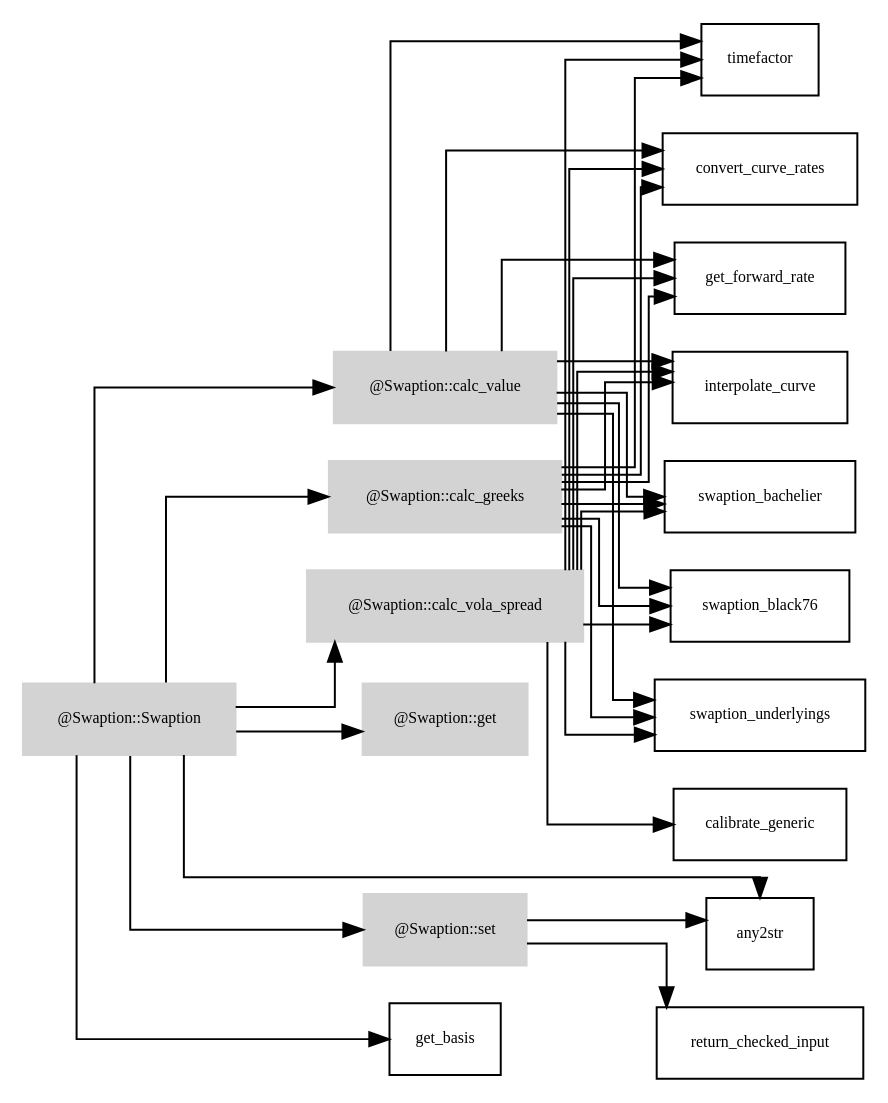
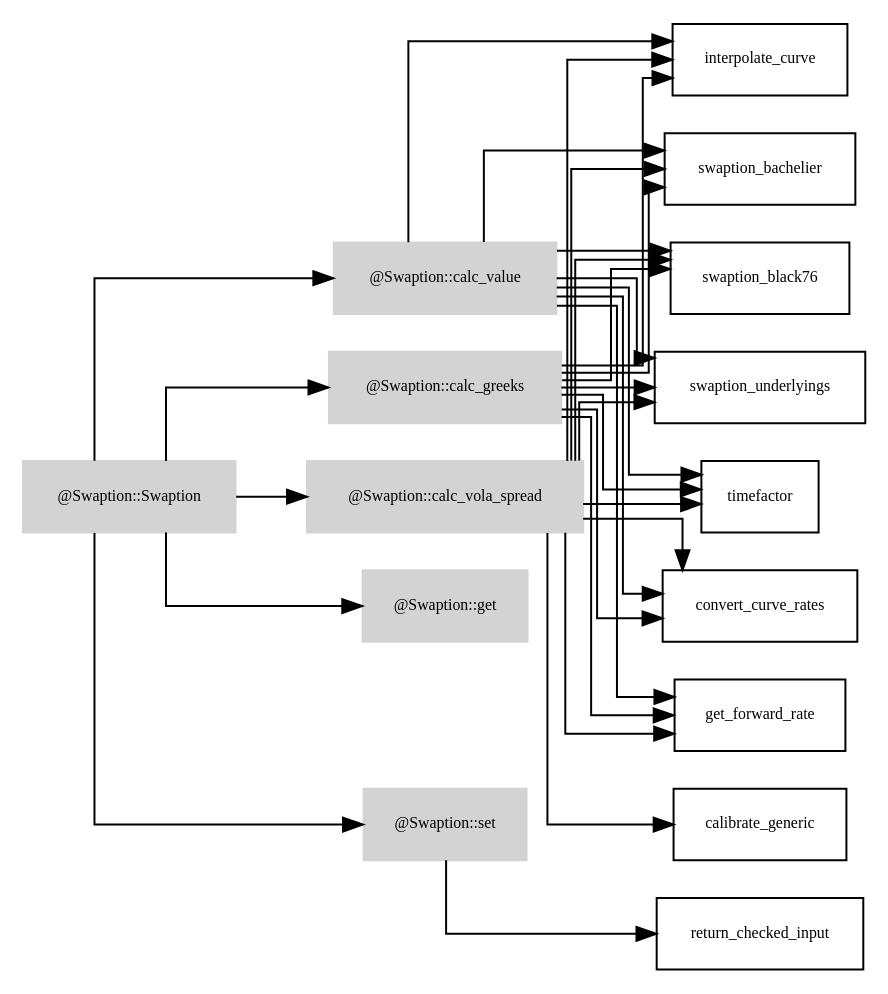
The diagram in graphviz_files/Swaption.dot (octarisk/documentation), drawn with Graphviz before and after one commit. The commit also changed 50 other files, not shown here.

Commit message:
* introduction of graphviz files for all classes and class function dependencies

```diff
--- a/graphviz_files/Swaption.dot
+++ b/graphviz_files/Swaption.dot
@@ -1,51 +1,48 @@
 digraph G {
 	fontname = "Bitstream Vera Sans"
 	fontsize = 8
 	node [
 		fontname = "Bitstream Vera Sans"
 		fontsize = 8
 		shape = "record"
 	]
 	edge [
 		fontname = "Bitstream Vera Sans"
 		fontsize = 8
 	]
 	graph [splines=ortho];
 	rankdir=LR;
 	subgraph class_Swaption {
 		style=filled;
 		node [style=filled,color=lightgrey];
 		"@Swaption::Swaption" -> "@Swaption::calc_greeks"
 		"@Swaption::Swaption" -> "@Swaption::calc_value"
 		"@Swaption::Swaption" -> "@Swaption::calc_vola_spread"
 		"@Swaption::Swaption" -> "@Swaption::get"
 		"@Swaption::Swaption" -> "@Swaption::set"
 		label = "@Swaption";
 	}
-"@Swaption::Swaption" 	 -> 	 "any2str"
-"@Swaption::Swaption" 	 -> 	 "get_basis"
 "@Swaption::calc_greeks" 	 -> 	 "convert_curve_rates"
 "@Swaption::calc_greeks" 	 -> 	 "get_forward_rate"
 "@Swaption::calc_greeks" 	 -> 	 "interpolate_curve"
 "@Swaption::calc_greeks" 	 -> 	 "swaption_bachelier"
 "@Swaption::calc_greeks" 	 -> 	 "swaption_black76"
 "@Swaption::calc_greeks" 	 -> 	 "swaption_underlyings"
 "@Swaption::calc_greeks" 	 -> 	 "timefactor"
 "@Swaption::calc_value" 	 -> 	 "convert_curve_rates"
 "@Swaption::calc_value" 	 -> 	 "get_forward_rate"
 "@Swaption::calc_value" 	 -> 	 "interpolate_curve"
 "@Swaption::calc_value" 	 -> 	 "swaption_bachelier"
 "@Swaption::calc_value" 	 -> 	 "swaption_black76"
 "@Swaption::calc_value" 	 -> 	 "swaption_underlyings"
 "@Swaption::calc_value" 	 -> 	 "timefactor"
 "@Swaption::calc_vola_spread" 	 -> 	 "calibrate_generic"
 "@Swaption::calc_vola_spread" 	 -> 	 "convert_curve_rates"
 "@Swaption::calc_vola_spread" 	 -> 	 "get_forward_rate"
 "@Swaption::calc_vola_spread" 	 -> 	 "interpolate_curve"
 "@Swaption::calc_vola_spread" 	 -> 	 "swaption_bachelier"
 "@Swaption::calc_vola_spread" 	 -> 	 "swaption_black76"
 "@Swaption::calc_vola_spread" 	 -> 	 "swaption_underlyings"
 "@Swaption::calc_vola_spread" 	 -> 	 "timefactor"
-"@Swaption::set" 	 -> 	 "any2str"
 "@Swaption::set" 	 -> 	 "return_checked_input"
 }
```
